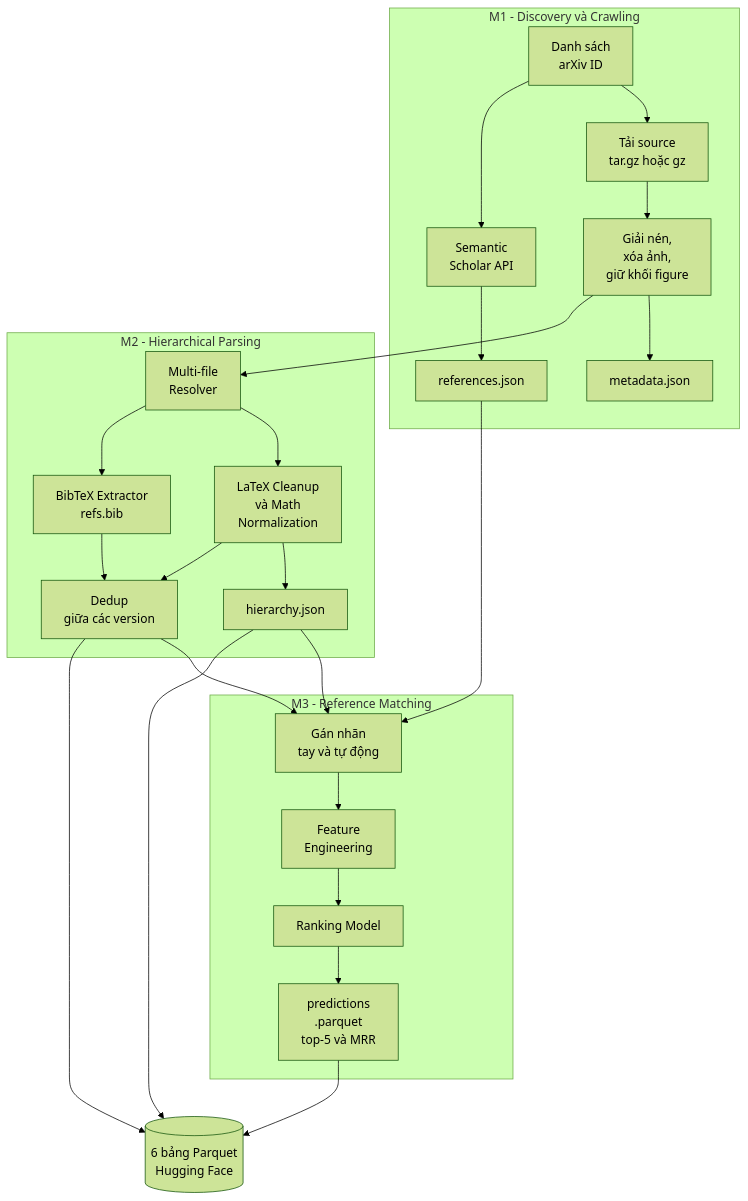
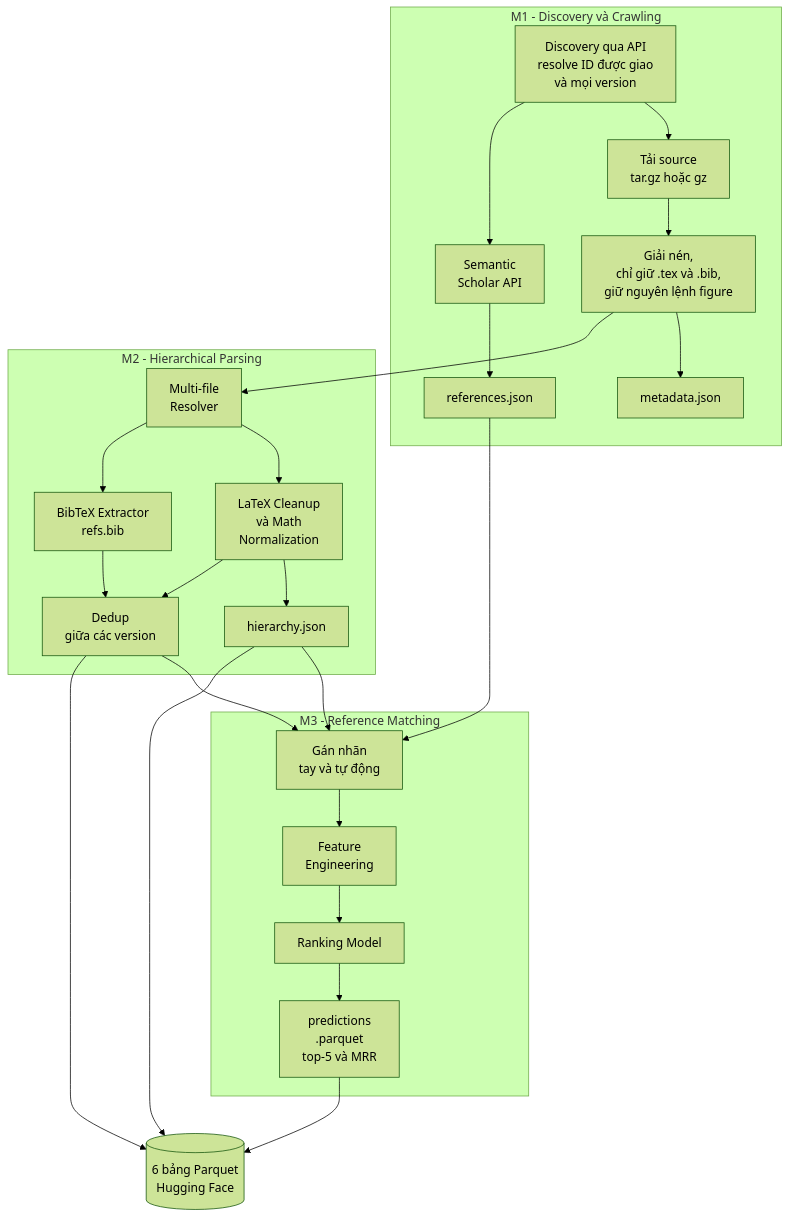
Before and after one commit to tkiet06-us/Intro2DS---ArXiv-Project: the diagram in README.md, drawn with Mermaid (forest theme). The commit also changed other lines of this file, not shown here.

````diff
--- a/README.md
+++ b/README.md
@@ -69,29 +69,29 @@
 ```mermaid
 flowchart TD
     subgraph M1["M1 - Discovery và Crawling"]
-        A["Danh sách <br> arXiv ID"] --> B["Tải source<br/>tar.gz hoặc gz"]
-        B --> C["Giải nén,<br/>xóa ảnh,<br/>giữ khối figure"]
+        A["Discovery qua API<br/>resolve ID được giao<br/>và mọi version"] --> B["Tải source<br/>tar.gz hoặc gz"]
+        B --> C["Giải nén,<br/>chỉ giữ .tex và .bib,<br/>giữ nguyên lệnh figure"]
         C --> D["metadata.json"]
         A --> E["Semantic <br> Scholar API"]
         E --> F["references.json"]
     end
     subgraph M2["M2 - Hierarchical Parsing"]
         C --> G["Multi-file<br/>Resolver"]
         G --> H["LaTeX Cleanup<br/>và Math<br/>Normalization"]
         H --> I["hierarchy.json"]
         G --> J["BibTeX Extractor<br/>refs.bib"]
         H --> K["Dedup<br/>giữa các version"]
         J --> K
     end
     subgraph M3["M3 - Reference Matching"]
         I --> L["Gán nhãn<br/>tay và tự động"]
         K --> L
         F --> L
         L --> FE["Feature <br> Engineering"]
         FE --> RM["Ranking Model"]
         RM --> PR["predictions<br/>.parquet<br/>top-5 và MRR"]
     end
     PR --> HF[("6 bảng Parquet<br/>Hugging Face")]
     K --> HF
     I --> HF
 ```
````
